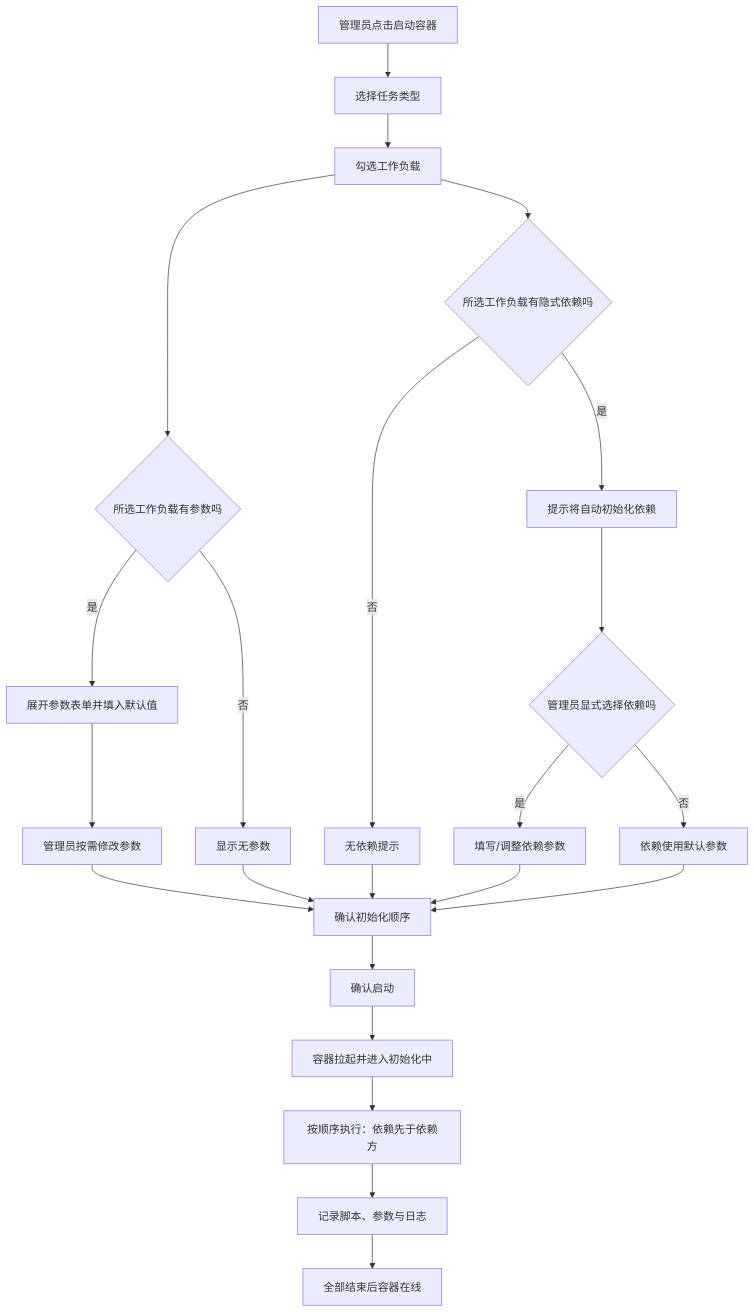
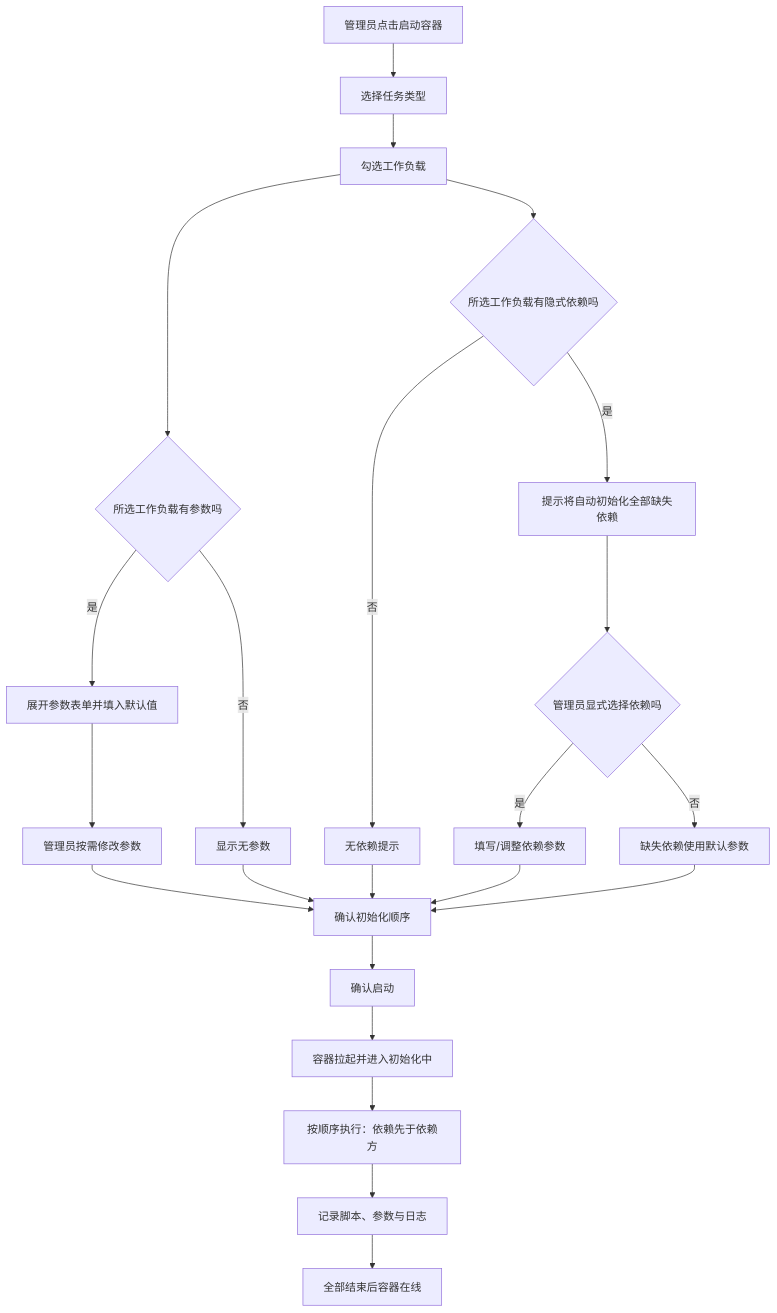
Before and after one commit to Deliay/z-agent-gear: the second of 3 diagrams in docs/product/draft/20261018-workload-phase1.md, drawn with Mermaid. The commit also changed other lines of this file and 1 other file, not shown here.

````diff
--- a/docs/product/draft/20261018-workload-phase1.md
+++ b/docs/product/draft/20261018-workload-phase1.md
@@ -196,25 +200,25 @@
 ```mermaid
 flowchart TD
     A[管理员点击启动容器] --> B[选择任务类型]
     B --> C[勾选工作负载]
     C --> D{所选工作负载有参数吗}
     D -->|是| E[展开参数表单并填入默认值]
     D -->|否| F[显示无参数]
     E --> G[管理员按需修改参数]
     C --> H{所选工作负载有隐式依赖吗}
-    H -->|是| I[提示将自动初始化依赖]
+    H -->|是| I[提示将自动初始化全部缺失依赖]
     H -->|否| J[无依赖提示]
     I --> K{管理员显式选择依赖吗}
     K -->|是| L[填写/调整依赖参数]
-    K -->|否| M[依赖使用默认参数]
+    K -->|否| M[缺失依赖使用默认参数]
     G --> N[确认初始化顺序]
     F --> N
     J --> N
     L --> N
     M --> N
     N --> O[确认启动]
     O --> P[容器拉起并进入初始化中]
     P --> Q[按顺序执行：依赖先于依赖方]
     Q --> R[记录脚本、参数与日志]
     R --> S[全部结束后容器在线]
 ```
````
